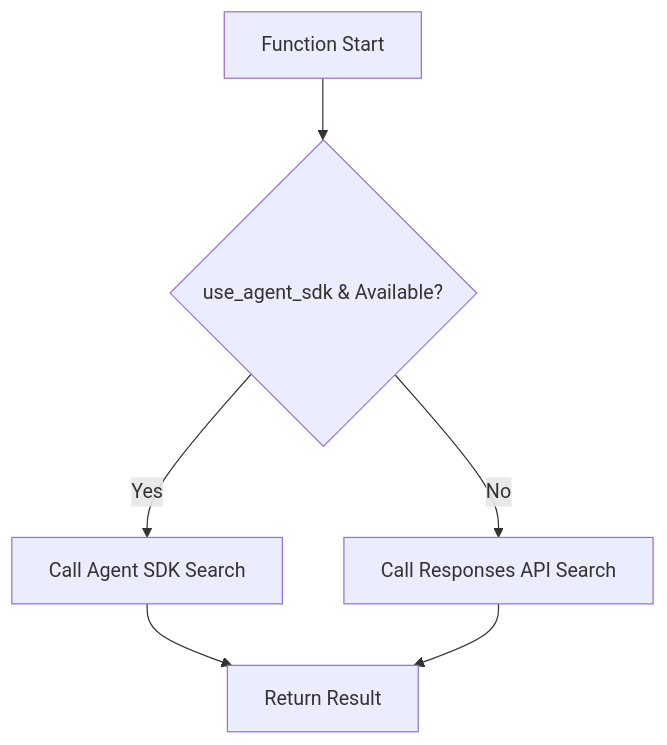
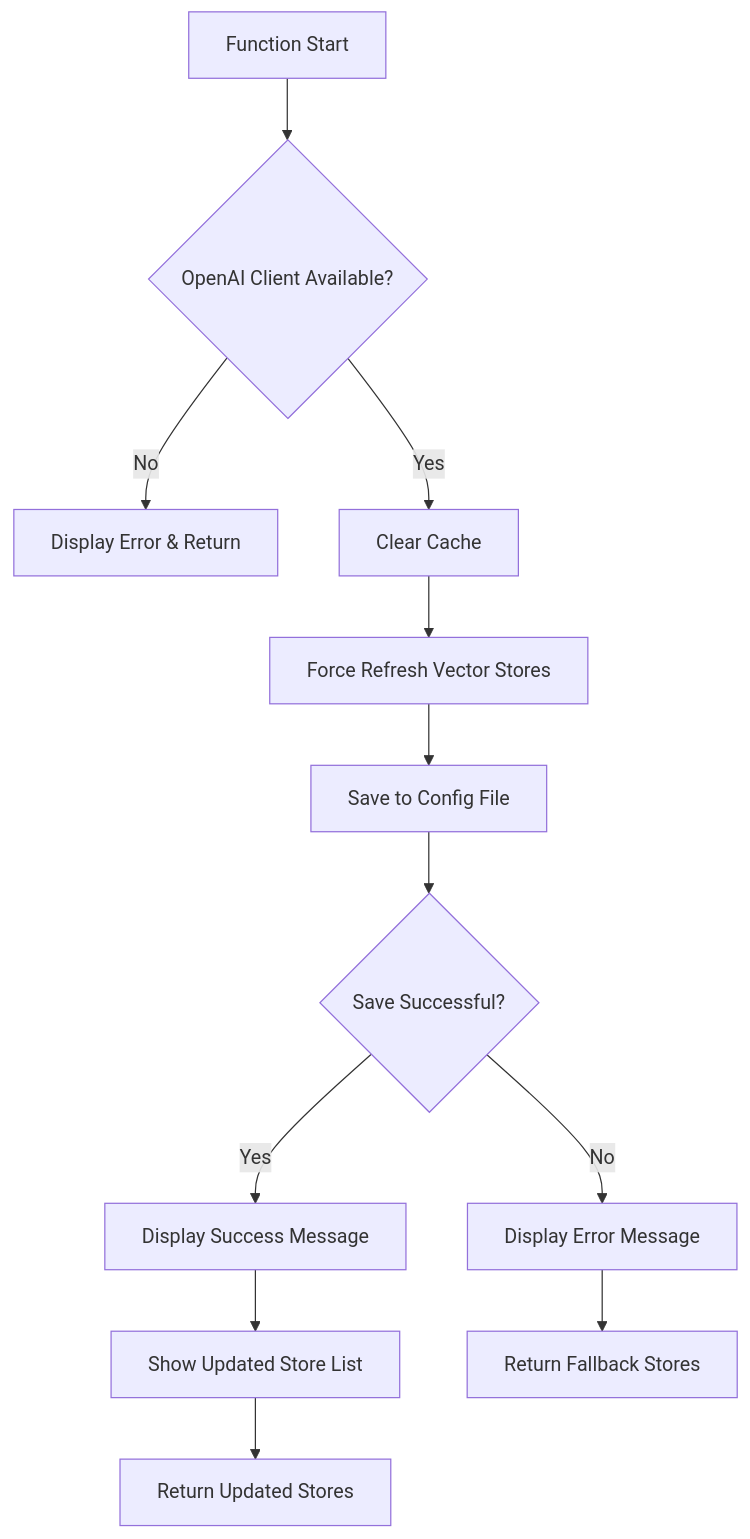
One commit to nakashima2toshio/openai_rag_app changed the eighth of 15 diagrams in doc/a30_30_rag_search.md. Above: the diagram before and after it, drawn with Mermaid. The commit also changed other lines of this file, not shown here.

````diff
--- a/doc/a30_30_rag_search.md
+++ b/doc/a30_30_rag_search.md
@@ -344,8 +397,14 @@
 ```mermaid
 graph TD
-    A["Function Start"] --> B{"use_agent_sdk & Available?"}
-    B -->|Yes| C["Call Agent SDK Search"]
-    B -->|No| D["Call Responses API Search"]
-    C --> E["Return Result"]
-    D --> E
+    A["Function Start"] --> B{"OpenAI Client Available?"}
+    B -->|No| C["Display Error & Return"]
+    B -->|Yes| D["Clear Cache"]
+    D --> E["Force Refresh Vector Stores"]
+    E --> F["Save to Config File"]
+    F --> G{"Save Successful?"}
+    G -->|Yes| H["Display Success Message"]
+    G -->|No| I["Display Error Message"]
+    H --> J["Show Updated Store List"]
+    J --> K["Return Updated Stores"]
+    I --> L["Return Fallback Stores"]
 ```
````
